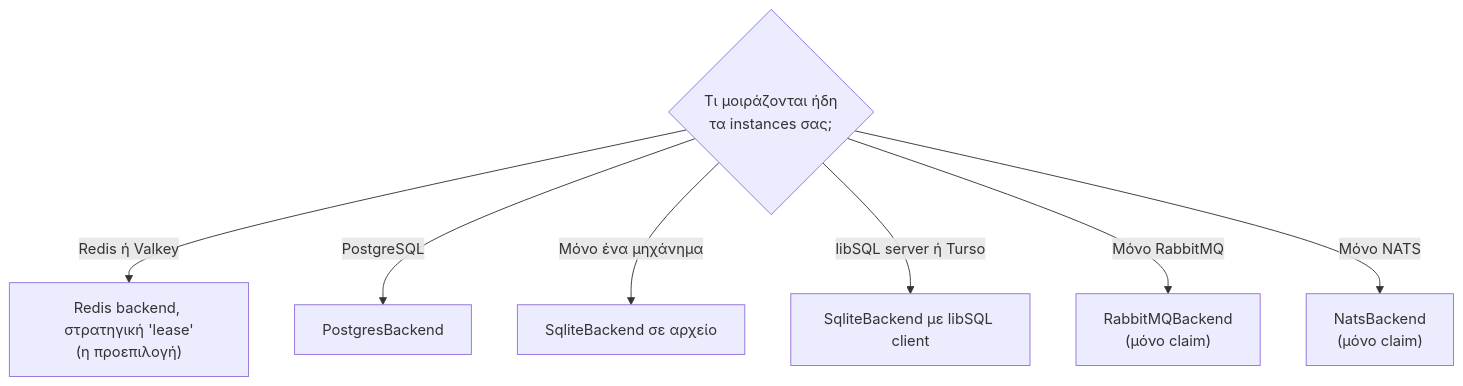
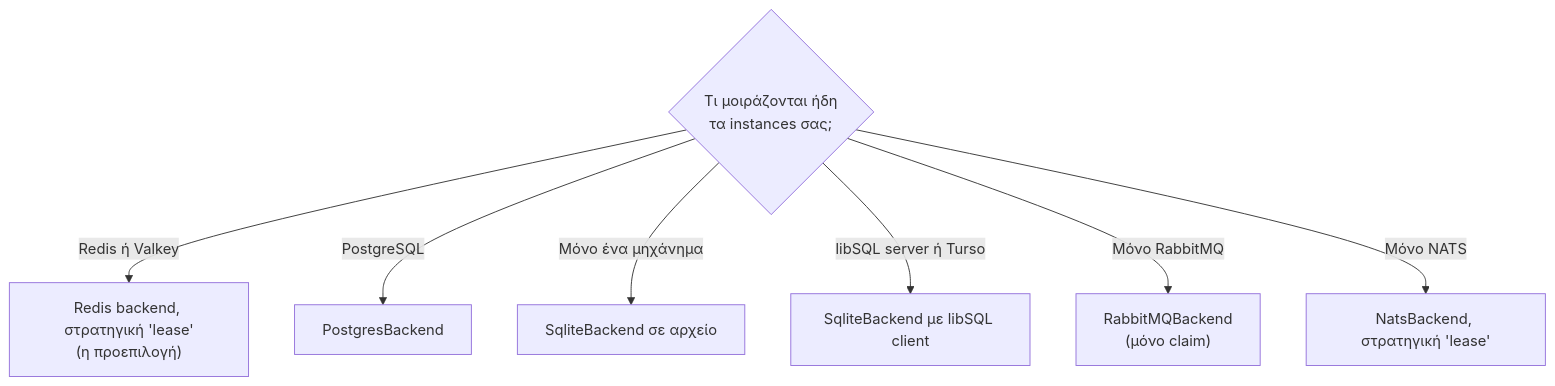
One commit to aristoteliss/anarchon changed the first of 2 diagrams in docs/src/content/docs/el/backends/overview.md. Above: the diagram before and after it, drawn with Mermaid. The commit also changed other lines of this file and 67 other files, not shown here.

````diff
--- a/docs/src/content/docs/el/backends/overview.md
+++ b/docs/src/content/docs/el/backends/overview.md
@@ -10,10 +10,10 @@
 ```mermaid
 flowchart TD
   start{"Τι μοιράζονται ήδη<br/>τα instances σας;"}
   start -- "Redis ή Valkey" --> redis["Redis backend, στρατηγική 'lease'<br/>(η προεπιλογή)"]
   start -- "PostgreSQL" --> pg["PostgresBackend"]
   start -- "Μόνο ένα μηχάνημα" --> sqlite["SqliteBackend σε αρχείο"]
   start -- "libSQL server ή Turso" --> libsql["SqliteBackend με libSQL client"]
   start -- "Μόνο RabbitMQ" --> rabbit["RabbitMQBackend<br/>(μόνο claim)"]
-  start -- "Μόνο NATS" --> nats["NatsBackend<br/>(μόνο claim)"]
+  start -- "Μόνο NATS" --> nats["NatsBackend, στρατηγική 'lease'"]
 ```
````
